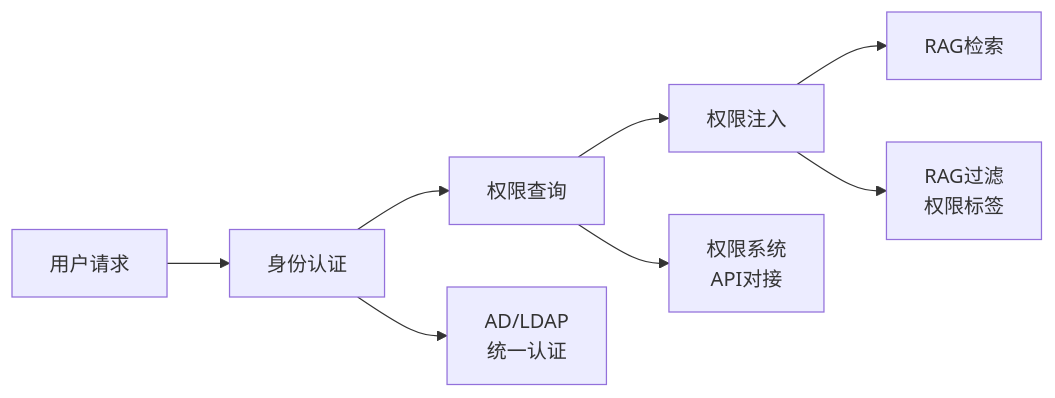
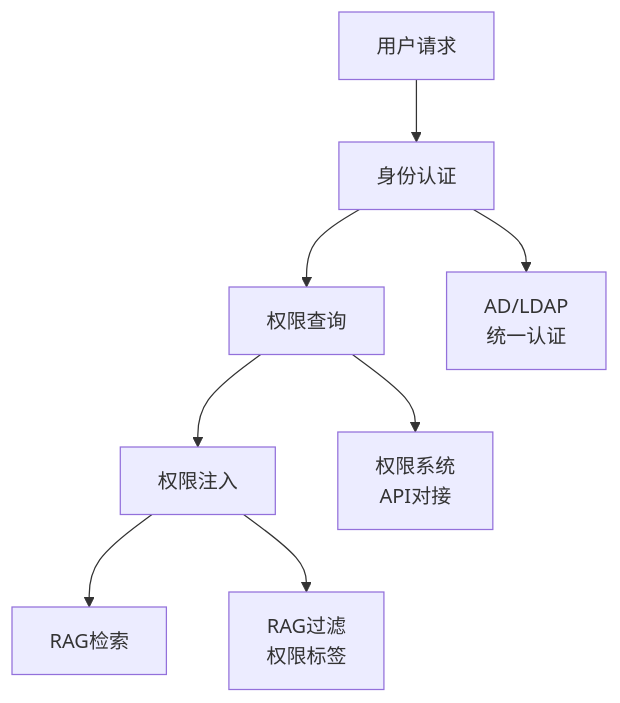
Before and after one commit to wonglaitung/splan: the sixth of 34 diagrams in 1. 银行大模型本地化落地与AI转型全景规划书.md, drawn with Mermaid. The commit also changed other lines of this file and 2 other files, not shown here.

First line of the commit message:
docs: 应用mermaid-optimize规则优化图表布局

````diff
--- a/1. 银行大模型本地化落地与AI转型全景规划书.md
+++ b/1. 银行大模型本地化落地与AI转型全景规划书.md
@@ -232,7 +232,7 @@
 ```mermaid
-flowchart LR
+flowchart TD
     REQ["用户请求"] --> AUTH["身份认证"] --> QUERY["权限查询"] --> INJECT["权限注入"] --> RAG["RAG检索"]
     AUTH --> A1["AD/LDAP<br/>统一认证"]
     QUERY --> A2["权限系统<br/>API对接"]
     INJECT --> A3["RAG过滤<br/>权限标签"]
 ```
````
